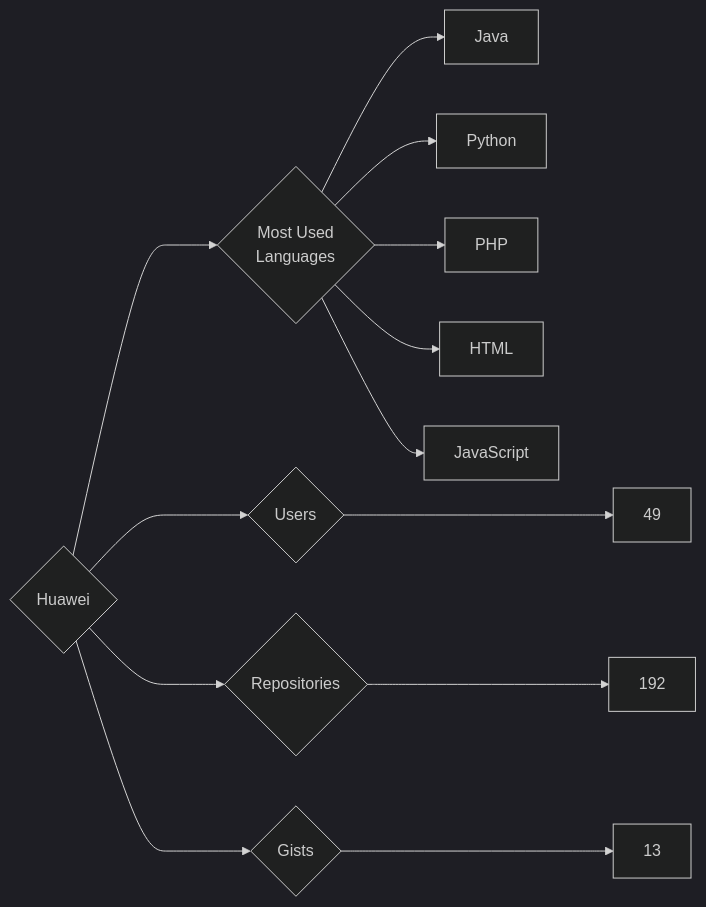
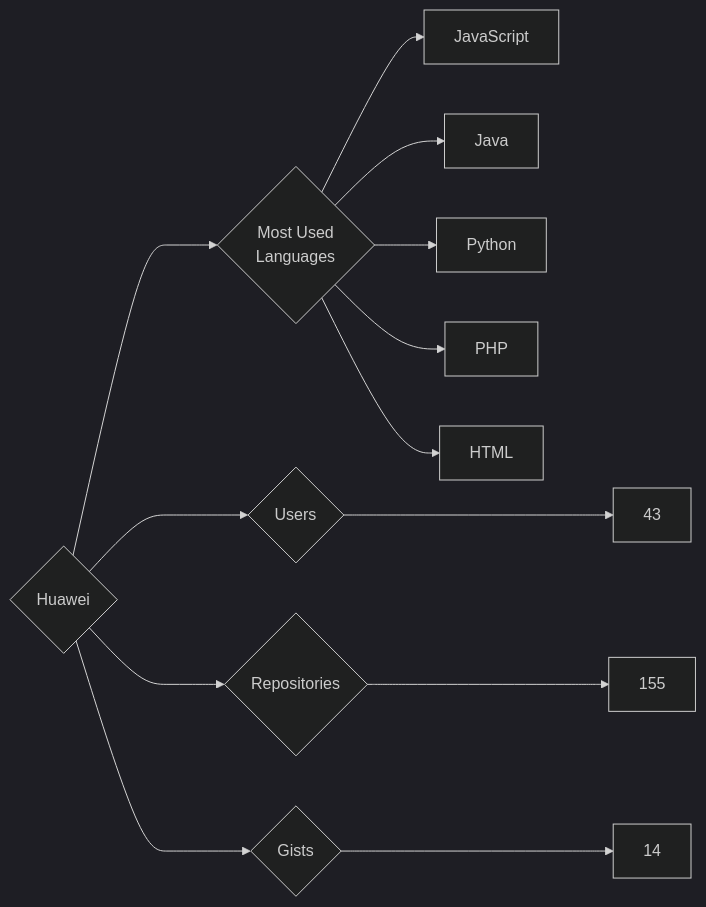
Before and after one commit to trickest/insiders: the diagram in targets/Huawei/README.md, drawn with Mermaid (dark theme). The commit also changed 894 other files, not shown here.

````diff
--- a/targets/Huawei/README.md
+++ b/targets/Huawei/README.md
@@ -3,13 +3,13 @@
 ```mermaid
 graph LR
 COMPANY_NAME{Huawei}
-COMPANY_NAME ---> U{Users} ---> UN[49]
-COMPANY_NAME ---> R{Repositories} ---> RN[192]
-COMPANY_NAME ---> G{Gists} ---> GN[13]
+COMPANY_NAME ---> U{Users} ---> UN[43]
+COMPANY_NAME ---> R{Repositories} ---> RN[155]
+COMPANY_NAME ---> G{Gists} ---> GN[14]
 COMPANY_NAME ---> ML{Most Used<br>Languages}
+ML --> JavaScript[JavaScript]
 ML --> Java[Java]
 ML --> Python[Python]
 ML --> PHP[PHP]
 ML --> HTML[HTML]
-ML --> JavaScript[JavaScript]
 ```
````
